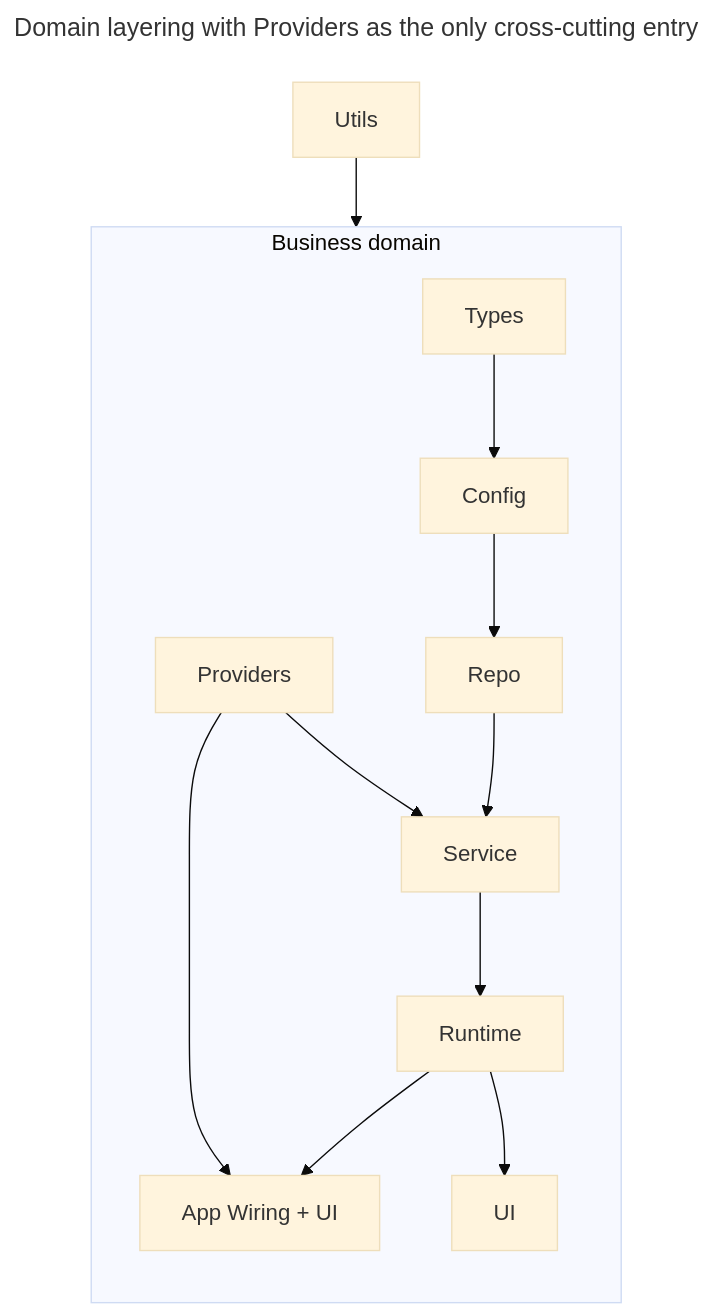
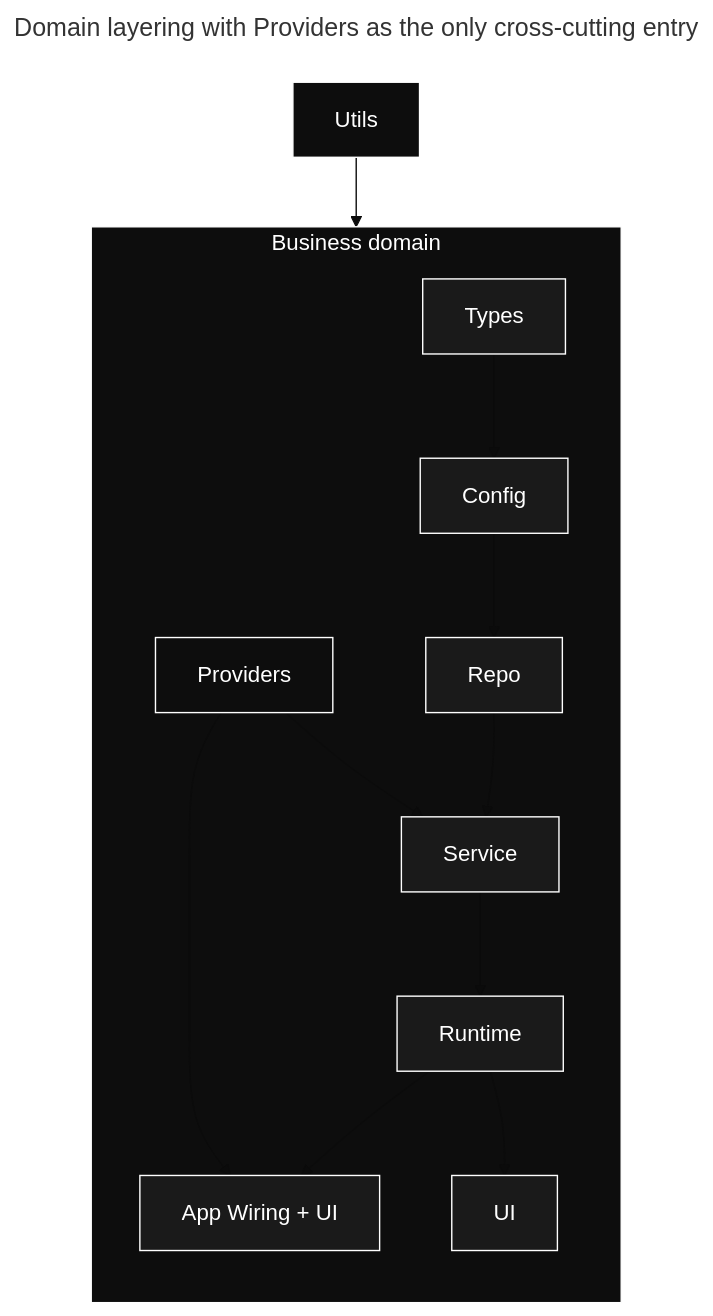
One commit to ririnto/sinon changed the diagram in plugins/harness/skills/harness-install/assets/common/docs/DESIGN.md. Above: the diagram before and after it, drawn with Mermaid (base theme). The commit also changed other lines of this file and 11 other files, not shown here.

First line of the commit message:
feat(harness): docs/* + ARCHITECTURE template default content으로 채움

````diff
--- a/plugins/harness/skills/harness-install/assets/common/docs/DESIGN.md
+++ b/plugins/harness/skills/harness-install/assets/common/docs/DESIGN.md
@@ -11,14 +9,24 @@
 ```mermaid
 ---
 title: Domain layering with Providers as the only cross-cutting entry
 ---
 flowchart TB
     subgraph Domain[Business domain]
         direction TB
         Providers --> Service
         Providers --> AppWiring[App Wiring + UI]
         Types --> Config --> Repo --> Service --> Runtime --> UI
         Runtime --> AppWiring
     end
     Utils --> Providers
+    style Providers fill:#0d0d0d,stroke:#FFFFFF,color:#FFFFFF
+    style Service fill:#1a1a1a,stroke:#FFFFFF,color:#FFFFFF
+    style AppWiring fill:#1a1a1a,stroke:#FFFFFF,color:#FFFFFF
+    style Types fill:#1a1a1a,stroke:#FFFFFF,color:#FFFFFF
+    style Config fill:#1a1a1a,stroke:#FFFFFF,color:#FFFFFF
+    style Repo fill:#1a1a1a,stroke:#FFFFFF,color:#FFFFFF
+    style Runtime fill:#1a1a1a,stroke:#FFFFFF,color:#FFFFFF
+    style UI fill:#1a1a1a,stroke:#FFFFFF,color:#FFFFFF
+    style Utils fill:#0d0d0d,stroke:#FFFFFF,color:#FFFFFF
+    style Domain fill:#0d0d0d,stroke:#FFFFFF,color:#FFFFFF
 ```
````
